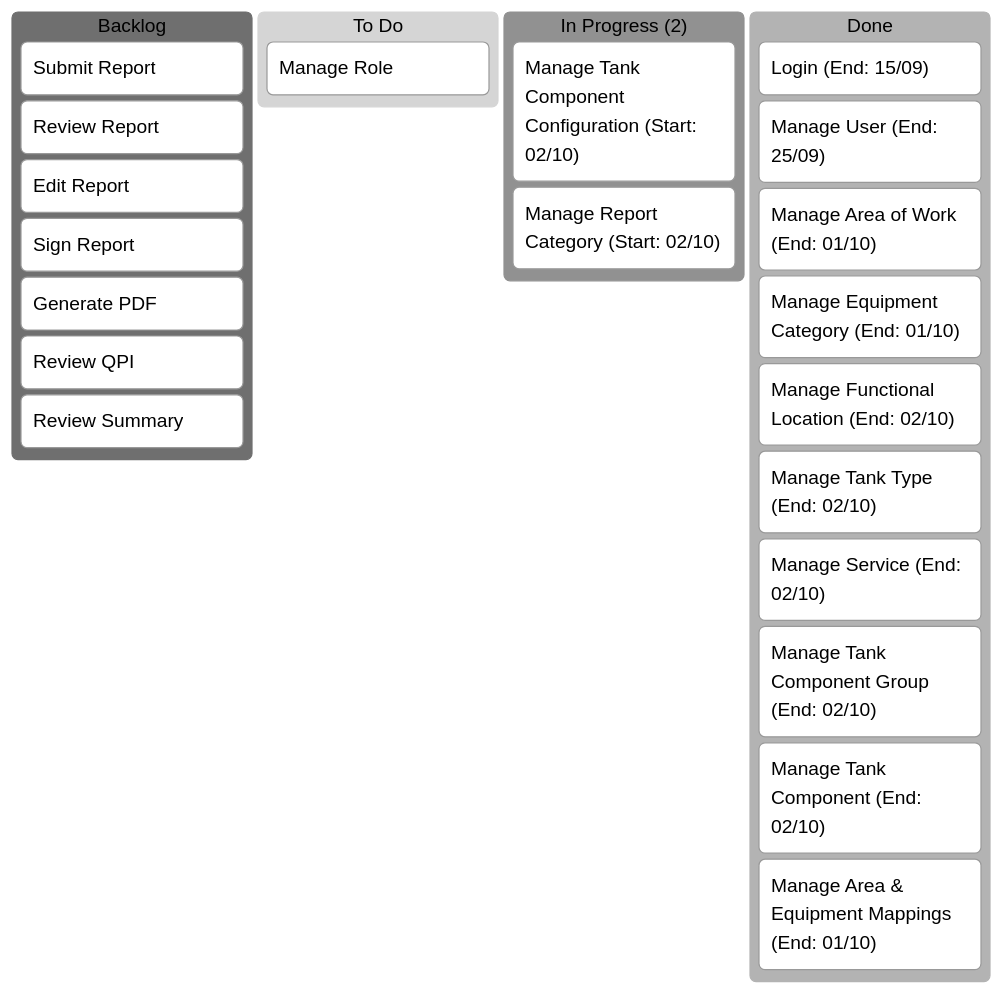
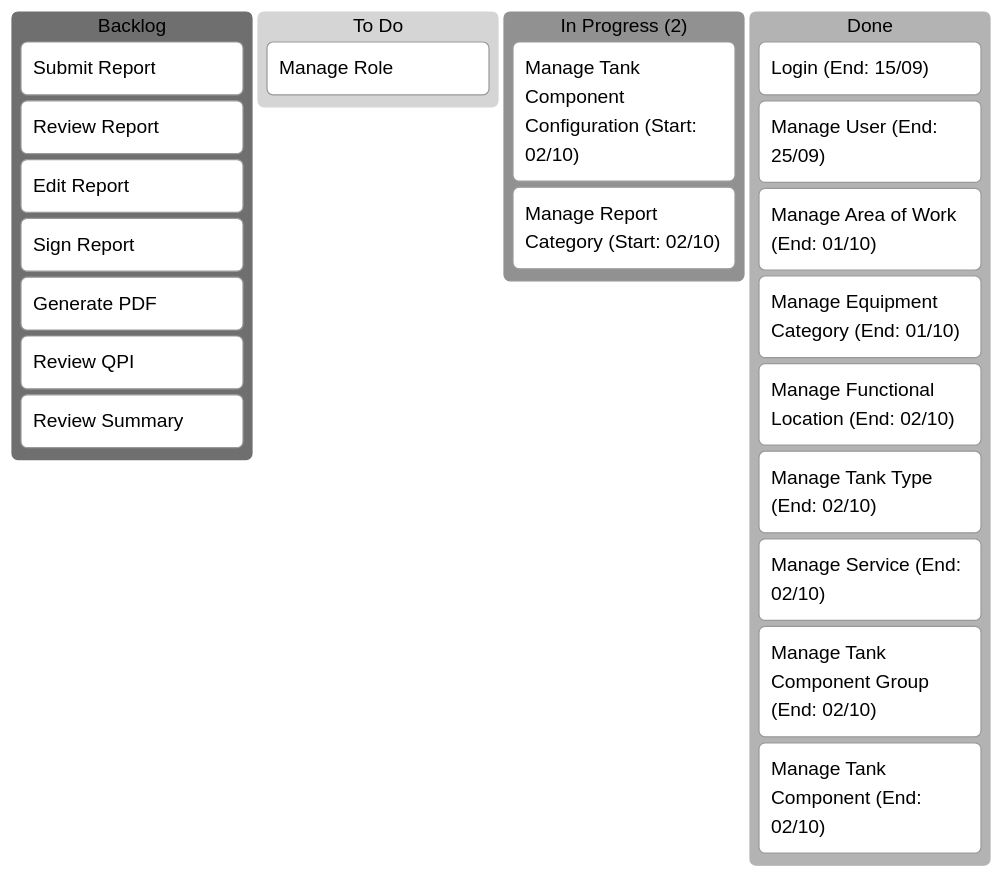
The diagram in Kanban/02-Kanban.md (billdansr/kanban-boc-om), drawn with Mermaid (neutral theme) before and after one commit. The commit also changed 3 other files, not shown here.

````diff
--- a/Kanban/02-Kanban.md
+++ b/Kanban/02-Kanban.md
@@ -3,31 +3,30 @@
 ```mermaid
 kanban
   backlog[Backlog]
 	  b2[Submit Report]
 	  b3[Review Report]
 	  b4[Edit Report]
 	  b5[Sign Report]
 	  b6[Generate PDF]
 	  b7[Review QPI]
 	  b8[Review Summary]
 
   todo[To Do]
 	  t10[Manage Role]
 	  
   inprogress["In Progress (2)"]
 	  t18["Manage Tank Component Configuration (Start: 02/10)"]
 	  t19["Manage Report Category (Start: 02/10)"]
 	  
 
   done[Done]
 	  d1["Login (End: 15/09)"]
 	  d9["Manage User (End: 25/09)"]
 	  d11["Manage Area of Work (End: 01/10)"]
 	  d12["Manage Equipment Category (End: 01/10)"]
 	  d13["Manage Functional Location (End: 02/10)"]
 	  d14["Manage Tank Type (End: 02/10)"]
 	  d15["Manage Service (End: 02/10)"]
 	  d16["Manage Tank Component Group (End: 02/10)"]
 	  d17["Manage Tank Component (End: 02/10)"]
-	  d20["Manage Area & Equipment Mappings (End: 01/10)"]
 ```
````
